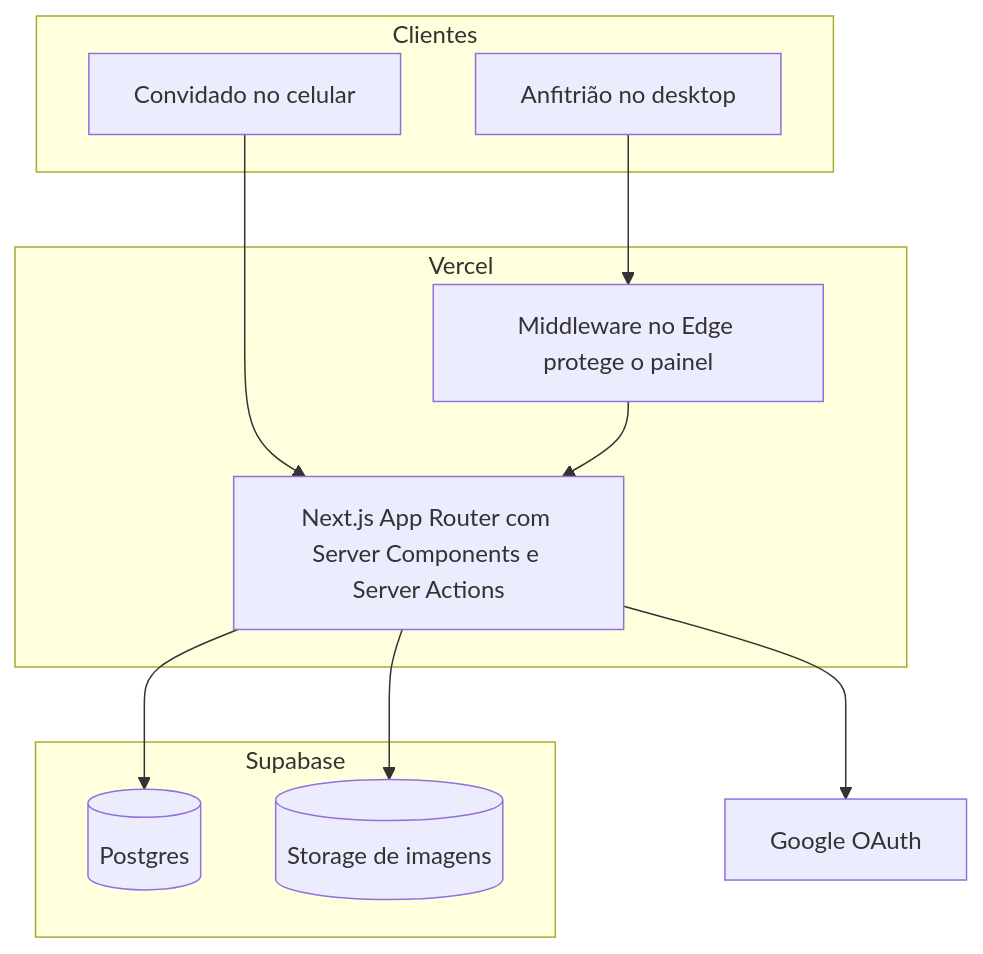
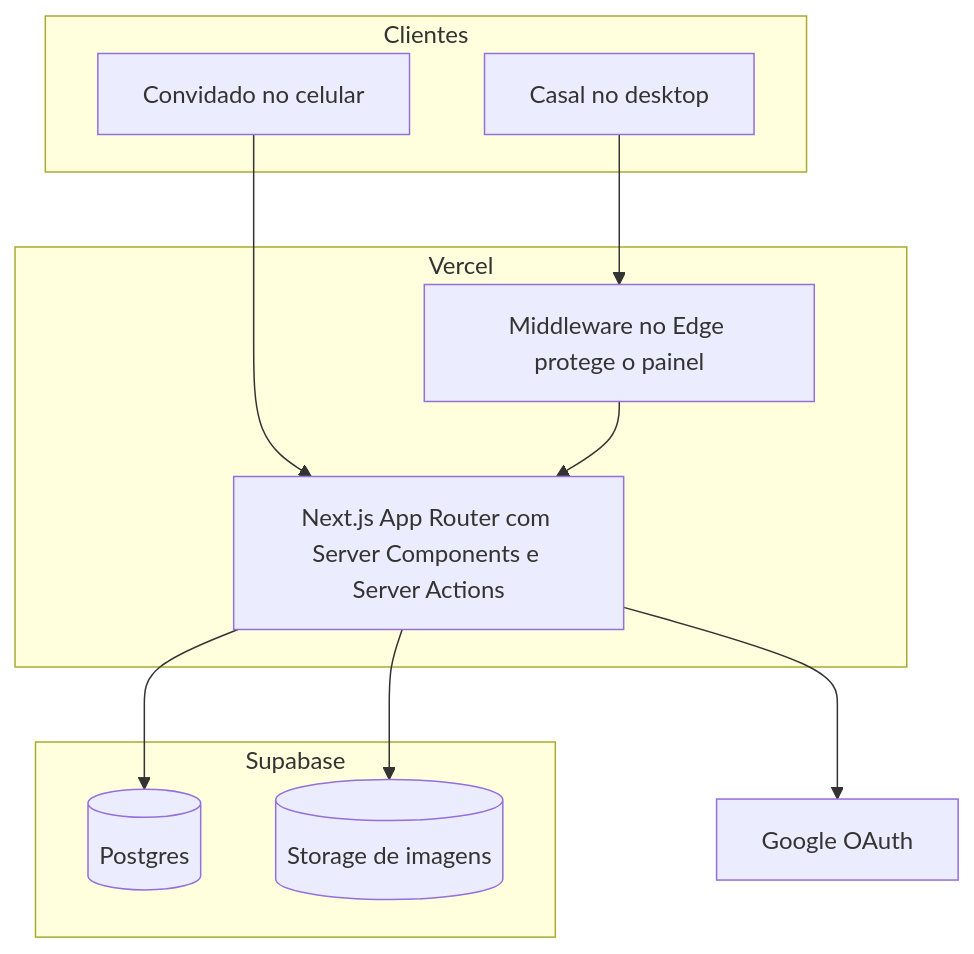
Before and after one commit to LucasFigs/Momoslist: the second of 3 diagrams in README.md, drawn with Mermaid. The commit also changed other lines of this file and 28 other files, not shown here.

````diff
--- a/README.md
+++ b/README.md
@@ -215,21 +215,21 @@
 ```mermaid
 flowchart TB
   subgraph Clientes
     G[Convidado no celular]
-    H[Anfitrião no desktop]
+    H[Casal no desktop]
   end
   subgraph Vercel
     MW[Middleware no Edge protege o painel]
     APP[Next.js App Router com Server Components e Server Actions]
   end
   subgraph Supabase
     DB[(Postgres)]
     ST[(Storage de imagens)]
   end
   GO[Google OAuth]
   G --> APP
   H --> MW --> APP
   APP --> DB
   APP --> ST
   APP --> GO
 ```
````
